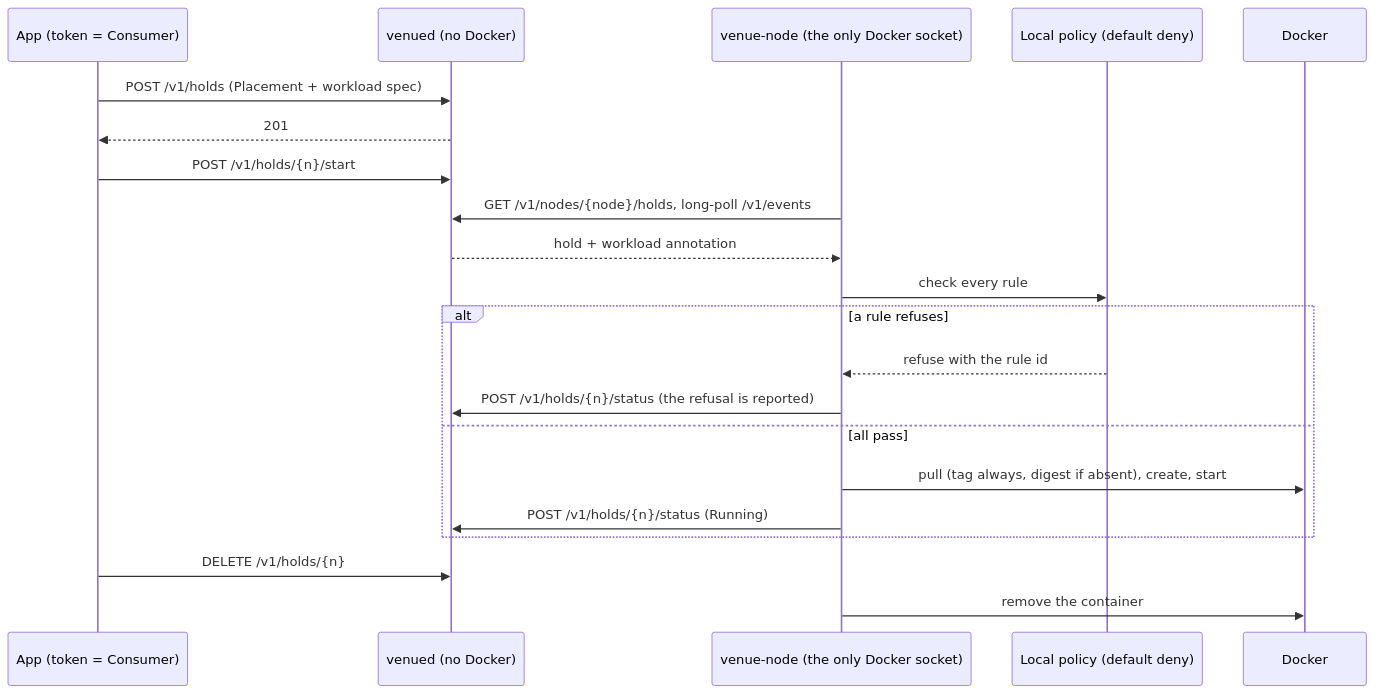
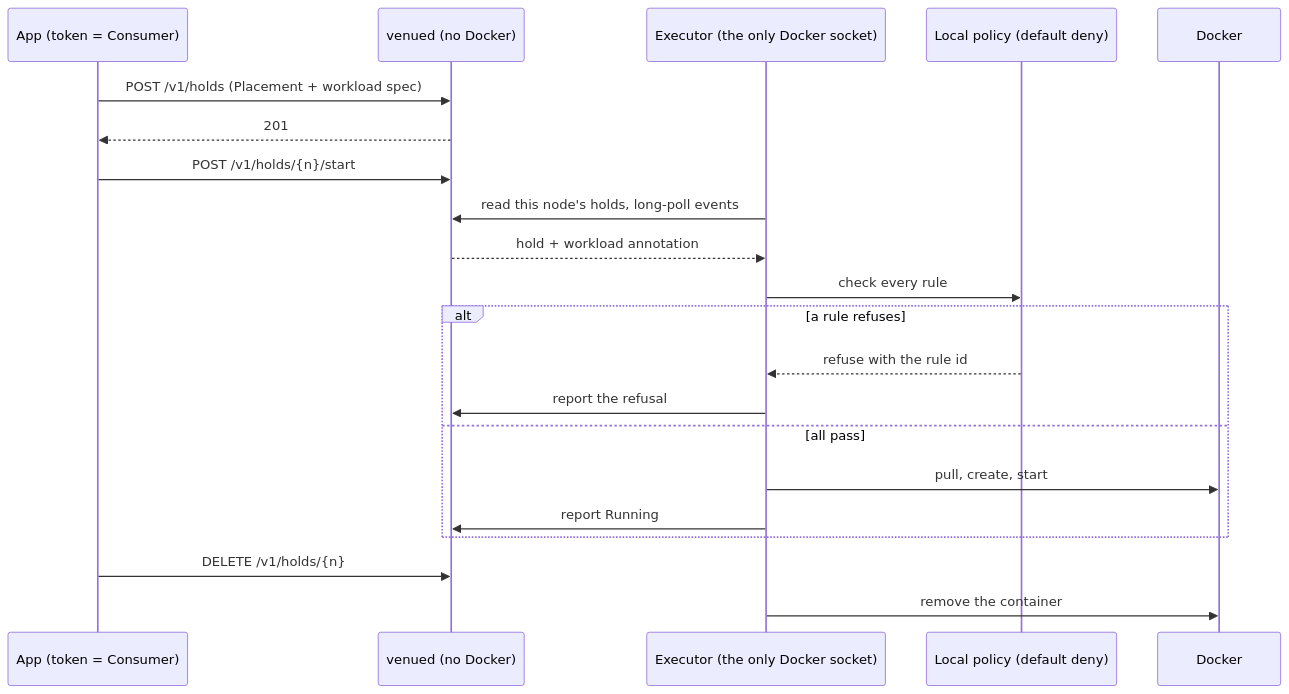
The diagram in content/06-venue.md (benixos/book), drawn with Mermaid before and after one commit. The commit also changed other lines of this file and 45 other files, not shown here.

````diff
--- a/content/06-venue.md
+++ b/content/06-venue.md
@@ -59,24 +52,24 @@
 ```mermaid
 sequenceDiagram
   participant App as App (token = Consumer)
   participant V as venued (no Docker)
-  participant E as venue-node (the only Docker socket)
+  participant E as Executor (the only Docker socket)
   participant P as Local policy (default deny)
   participant D as Docker
 
   App->>V: POST /v1/holds (Placement + workload spec)
   V-->>App: 201
   App->>V: POST /v1/holds/{n}/start
-  E->>V: GET /v1/nodes/{node}/holds, long-poll /v1/events
+  E->>V: read this node's holds, long-poll events
   V-->>E: hold + workload annotation
   E->>P: check every rule
   alt a rule refuses
     P-->>E: refuse with the rule id
-    E->>V: POST /v1/holds/{n}/status (the refusal is reported)
+    E->>V: report the refusal
   else all pass
-    E->>D: pull (tag always, digest if absent), create, start
-    E->>V: POST /v1/holds/{n}/status (Running)
+    E->>D: pull, create, start
+    E->>V: report Running
   end
   App->>V: DELETE /v1/holds/{n}
   E->>D: remove the container
 ```
````
